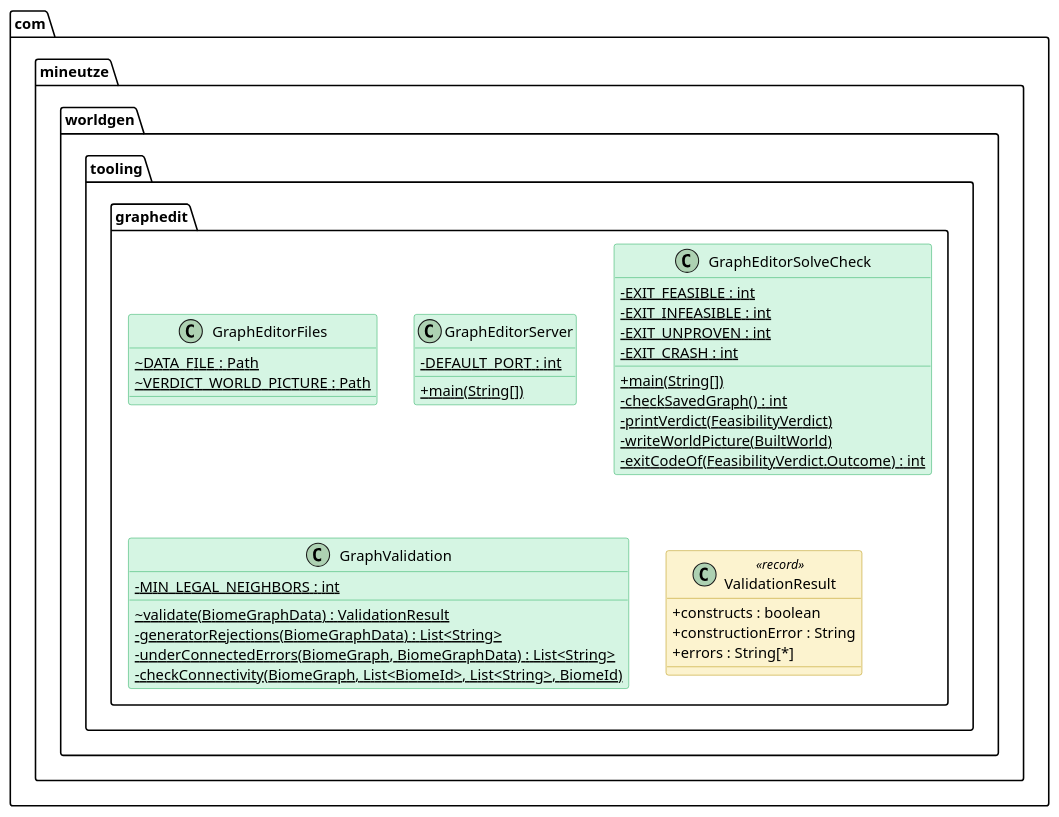
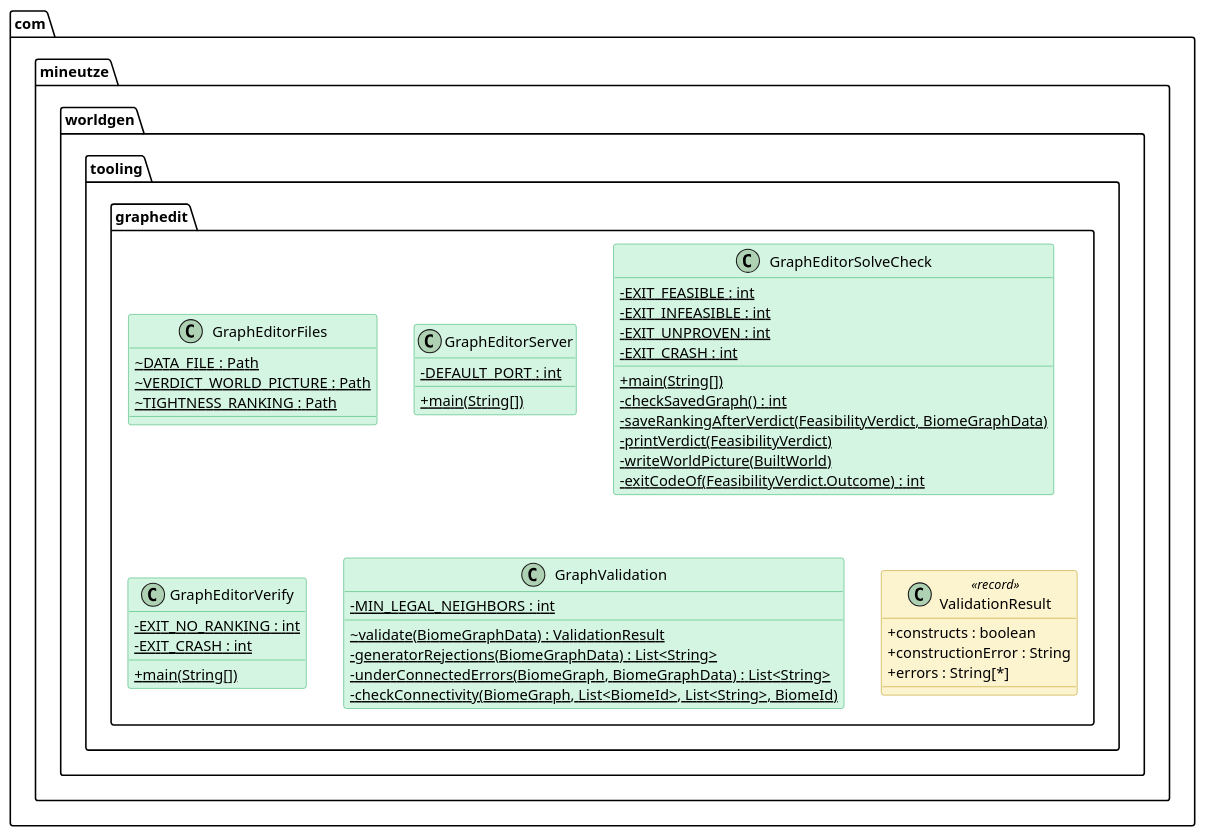
Before and after one commit to Boulede987/Mine-Utz: the diagram in companion-mods/mineutze-worldgen/doc/Modelisation/Packages/graphedit.puml, drawn with PlantUML. The commit also changed 45 other files, not shown here.

First line of the commit message:
docs(worldgen): regenerate class diagrams for the Verify run

```diff
--- a/companion-mods/mineutze-worldgen/doc/Modelisation/Packages/graphedit.puml
+++ b/companion-mods/mineutze-worldgen/doc/Modelisation/Packages/graphedit.puml
@@ -1,71 +1,78 @@
 @startuml graphedit
 
 skinparam classAttributeIconSize 0
 skinparam shadowing false
 
 skinparam class {
   BackgroundColor<<interface>> #D6EAF8
   BorderColor<<interface>> #2E86C1
 }
 skinparam class {
   BackgroundColor<<abstract>> #E8DAEF
   BorderColor<<abstract>> #8E44AD
 }
 skinparam class {
   BackgroundColor #D5F5E3
   BorderColor #27AE60
 }
 skinparam class {
   BackgroundColor<<record>> #FCF3CF
   BorderColor<<record>> #B7950B
 }
 skinparam class {
   BackgroundColor<<static>> #a7faa0
   BorderColor<<static>> #38d610
 }
 skinparam class {
   BackgroundColor<<enum>> #F5B7B1
   BorderColor<<enum>> #C0392B
 }
 
 skinparam class {
   BackgroundColor<<external>> #EAECEE
   BorderColor<<external>> #839192
 }
 
 namespace com.mineutze.worldgen.tooling.graphedit {
 class GraphEditorFiles {
   ~ {static} DATA_FILE : Path
   ~ {static} VERDICT_WORLD_PICTURE : Path
+  ~ {static} TIGHTNESS_RANKING : Path
 }
 class GraphEditorServer {
   - {static} DEFAULT_PORT : int
   + {static} main(String[])
 }
 class GraphEditorSolveCheck {
   - {static} EXIT_FEASIBLE : int
   - {static} EXIT_INFEASIBLE : int
   - {static} EXIT_UNPROVEN : int
   - {static} EXIT_CRASH : int
   + {static} main(String[])
   - {static} checkSavedGraph() : int
+  - {static} saveRankingAfterVerdict(FeasibilityVerdict, BiomeGraphData)
   - {static} printVerdict(FeasibilityVerdict)
   - {static} writeWorldPicture(BuiltWorld)
   - {static} exitCodeOf(FeasibilityVerdict.Outcome) : int
+}
+class GraphEditorVerify {
+  - {static} EXIT_NO_RANKING : int
+  - {static} EXIT_CRASH : int
+  + {static} main(String[])
 }
 class GraphValidation {
   - {static} MIN_LEGAL_NEIGHBORS : int
   ~ {static} validate(BiomeGraphData) : ValidationResult
   - {static} generatorRejections(BiomeGraphData) : List<String>
   - {static} underConnectedErrors(BiomeGraph, BiomeGraphData) : List<String>
   - {static} checkConnectivity(BiomeGraph, List<BiomeId>, List<String>, BiomeId)
 }
 class ValidationResult <<record>> {
   + constructs : boolean
   + constructionError : String
   + errors : String[*]
 }
 }
 
 
 @enduml
```
